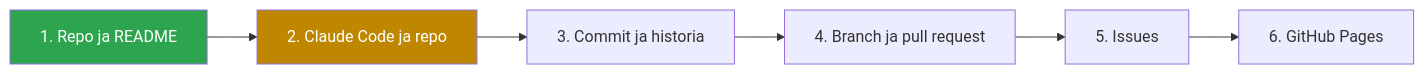
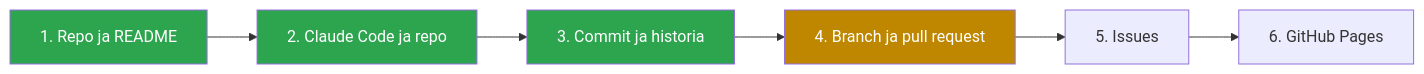
Before and after one commit to JussiDoesntCode/Tehtavalista: the diagram in CLAUDE.md, drawn with Mermaid. The commit also changed other lines of this file, not shown here.

````diff
--- a/CLAUDE.md
+++ b/CLAUDE.md
@@ -39,12 +39,12 @@
 ```mermaid
 flowchart LR
     V1["1. Repo ja README"] --> V2["2. Claude Code ja repo"]
     V2 --> V3["3. Commit ja historia"]
     V3 --> V4["4. Branch ja pull request"]
     V4 --> V5["5. Issues"]
     V5 --> V6["6. GitHub Pages"]
     classDef done fill:#2da44e,color:#fff
     classDef current fill:#bf8700,color:#fff
-    class V1 done
-    class V2 current
+    class V1,V2,V3 done
+    class V4 current
 ```
````
